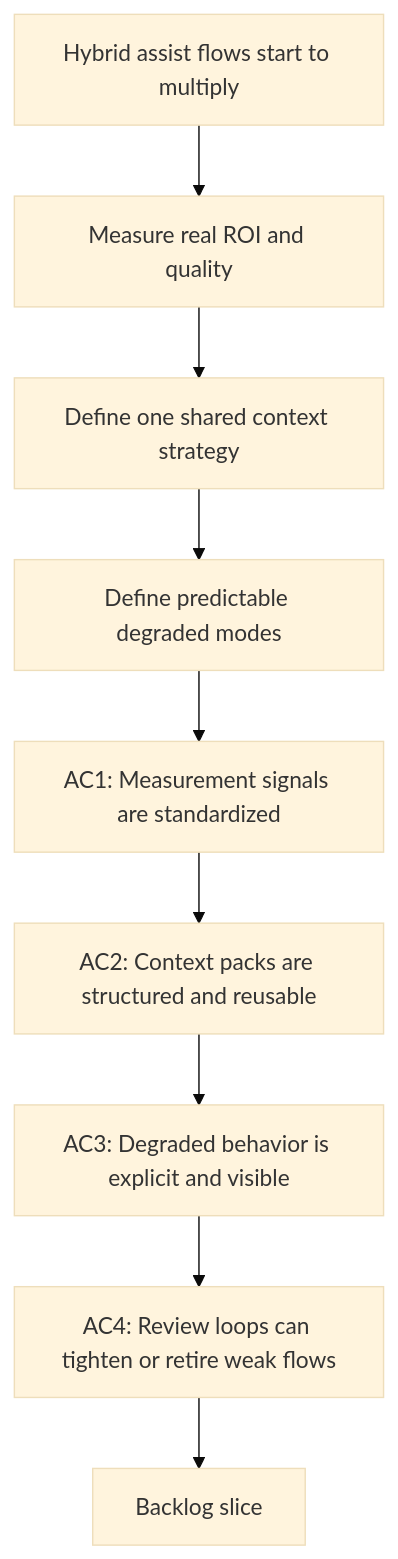
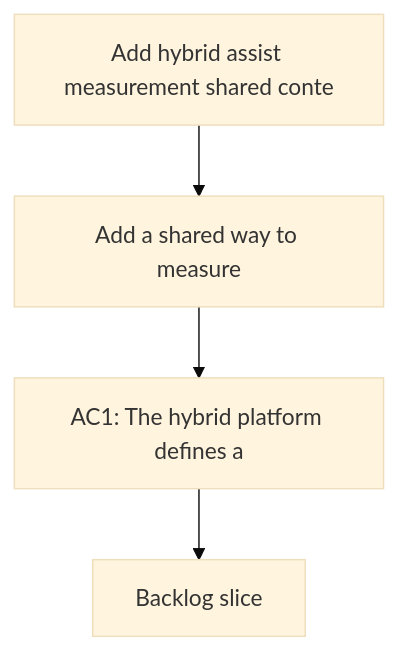
The diagram in logics/request/req_094_add_hybrid_assist_measurement_shared_context_strategy_and_degraded_mode_governance_for_logics_delivery_automation.md (AlexAgo83/logics-manager), drawn with Mermaid (base theme) before and after one commit. The commit also changed 481 other files, not shown here.

````diff
--- a/logics/request/req_094_add_hybrid_assist_measurement_shared_context_strategy_and_degraded_mode_governance_for_logics_delivery_automation.md
+++ b/logics/request/req_094_add_hybrid_assist_measurement_shared_context_strategy_and_degraded_mode_governance_for_logics_delivery_automation.md
@@ -40,13 +40,8 @@
 ```mermaid
 %% logics-kind: request
 %% logics-signature: request|add-hybrid-assist-measurement-shared-con|add-a-shared-way-to-measure|ac1-the-hybrid-platform-defines-a
 flowchart TD
-    Trigger[Hybrid assist flows start to multiply] --> Measure[Measure real ROI and quality]
-    Measure --> Context[Define one shared context strategy]
-    Context --> Degraded[Define predictable degraded modes]
-    Degraded --> AC1[AC1: Measurement signals are standardized]
-    AC1 --> AC2[AC2: Context packs are structured and reusable]
-    AC2 --> AC3[AC3: Degraded behavior is explicit and visible]
-    AC3 --> AC4[AC4: Review loops can tighten or retire weak flows]
-    AC4 --> Backlog[Backlog slice]
+    Trigger[Add hybrid assist measurement shared conte] --> Need[Add a shared way to measure]
+    Need --> Outcome[AC1: The hybrid platform defines a]
+    Outcome --> Backlog[Backlog slice]
 ```
````
